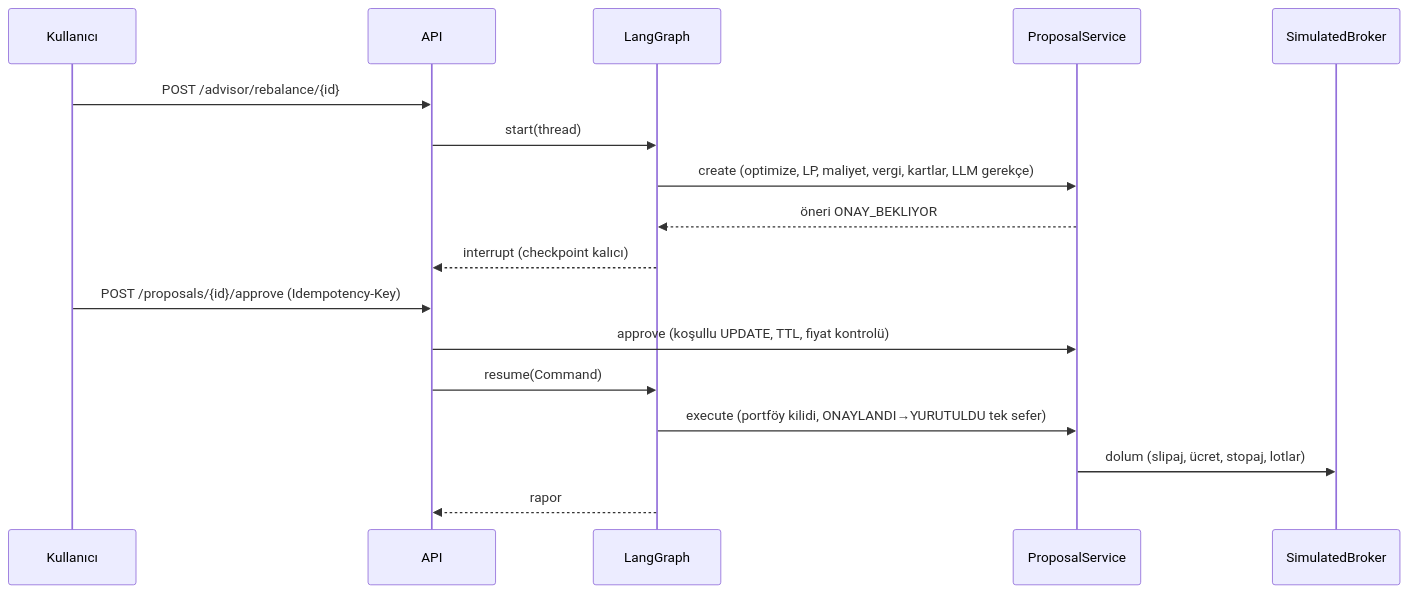
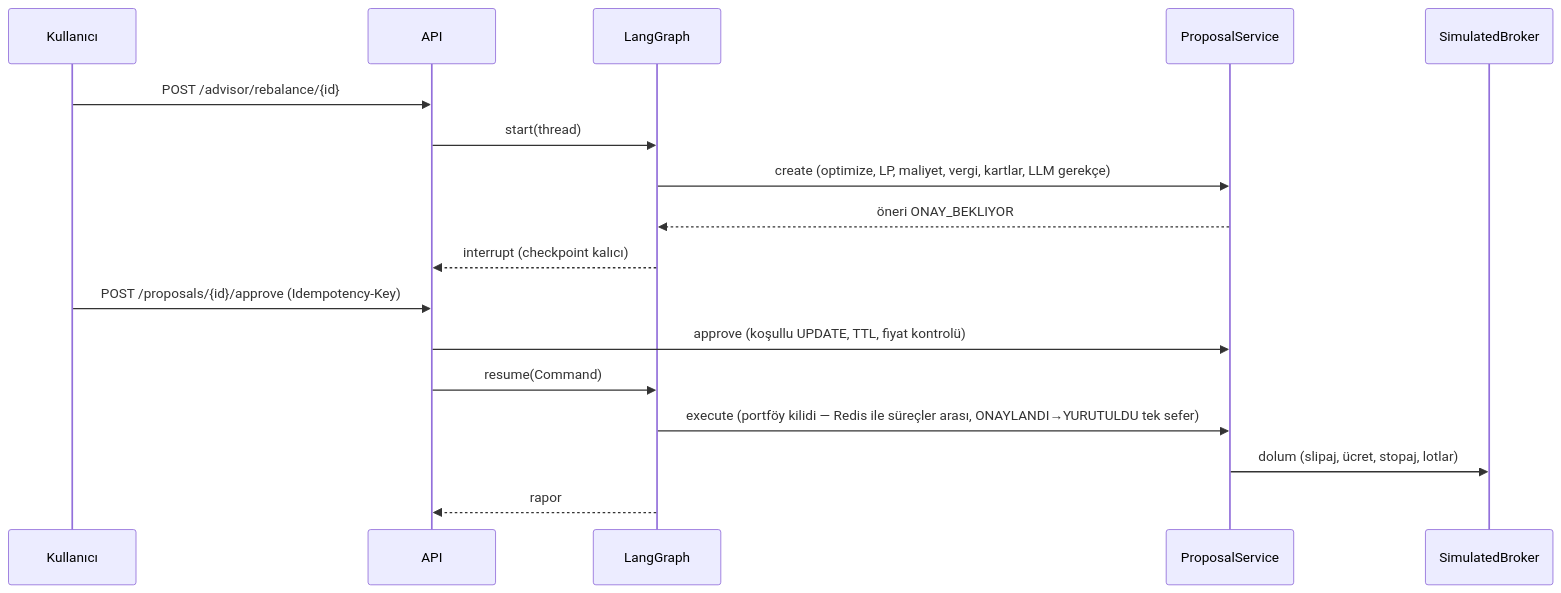
Before and after one commit to tunadeniz1304/robo-advisor-tr: the diagram in docs/ARCHITECTURE.md, drawn with Mermaid. The commit also changed other lines of this file and 3 other files, not shown here.

Commit message:
docs: remove the internal LLM host and update architecture and ADR-004

````diff
--- a/docs/ARCHITECTURE.md
+++ b/docs/ARCHITECTURE.md
@@ -18,19 +18,19 @@
 ```mermaid
 sequenceDiagram
   participant U as Kullanıcı
   participant API
   participant G as LangGraph
   participant P as ProposalService
   participant B as SimulatedBroker
   U->>API: POST /advisor/rebalance/{id}
   API->>G: start(thread)
   G->>P: create (optimize, LP, maliyet, vergi, kartlar, LLM gerekçe)
   P-->>G: öneri ONAY_BEKLIYOR
   G-->>API: interrupt (checkpoint kalıcı)
   U->>API: POST /proposals/{id}/approve (Idempotency-Key)
   API->>P: approve (koşullu UPDATE, TTL, fiyat kontrolü)
   API->>G: resume(Command)
-  G->>P: execute (portföy kilidi, ONAYLANDI→YURUTULDU tek sefer)
+  G->>P: execute (portföy kilidi — Redis ile süreçler arası, ONAYLANDI→YURUTULDU tek sefer)
   P->>B: dolum (slipaj, ücret, stopaj, lotlar)
   G-->>API: rapor
 ```
````
